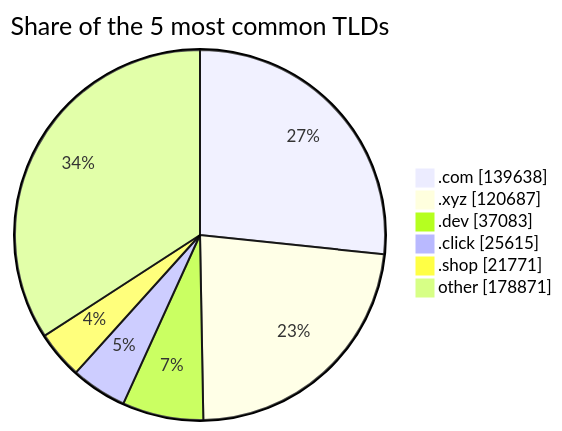
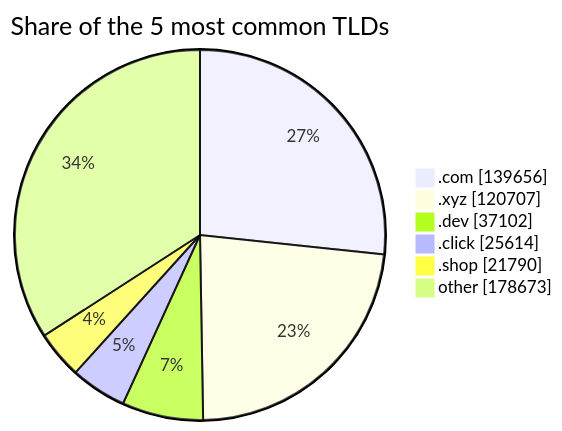
Before and after one commit to DNSBunker/CTI: the third of 3 diagrams in README.md, drawn with Mermaid. The commit also changed other lines of this file and 3 other files, not shown here.

````diff
--- a/README.md
+++ b/README.md
@@ -81,9 +81,9 @@
 ```mermaid
 pie showData title Share of the 5 most common TLDs
-    ".com" : 139638
-    ".xyz" : 120687
-    ".dev" : 37083
-    ".click" : 25615
-    ".shop" : 21771
-    "other" : 178871
+    ".com" : 139656
+    ".xyz" : 120707
+    ".dev" : 37102
+    ".click" : 25614
+    ".shop" : 21790
+    "other" : 178673
 ```
````
